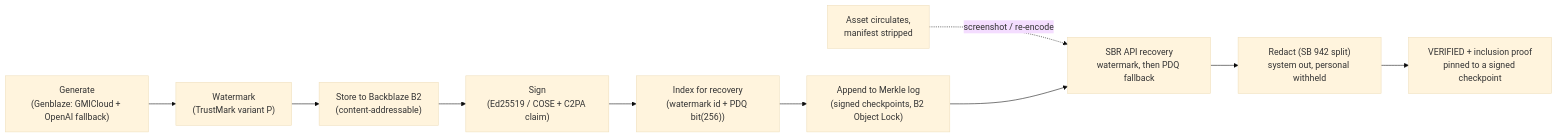
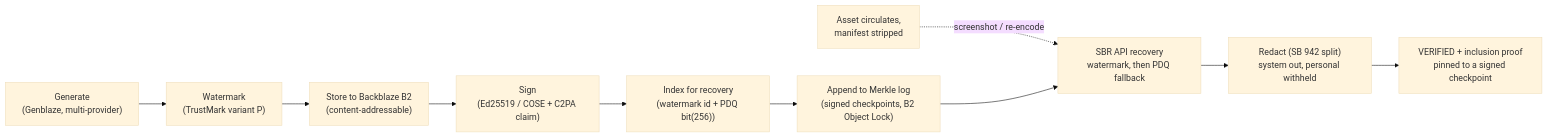
The first of 2 diagrams in README.md (StephenSook/rooted), drawn with Mermaid (base theme) before and after one commit. The commit also changed other lines of this file and 5 other files, not shown here.

````diff
--- a/README.md
+++ b/README.md
@@ -40,12 +67,12 @@
 ```mermaid
 flowchart LR
-    G["Generate<br/>(Genblaze: GMICloud + OpenAI fallback)"] --> W["Watermark<br/>(TrustMark variant P)"]
+    G["Generate<br/>(Genblaze, multi-provider)"] --> W["Watermark<br/>(TrustMark variant P)"]
     W --> S["Store to Backblaze B2<br/>(content-addressable)"]
     S --> SG["Sign<br/>(Ed25519 / COSE + C2PA claim)"]
     SG --> IDX["Index for recovery<br/>(watermark id + PDQ bit(256))"]
     IDX --> L["Append to Merkle log<br/>(signed checkpoints, B2 Object Lock)"]
-    STRIP["Asset circulates,<br/>manifest stripped"] -.screenshot / re-encode.-> R
+    STRIP["Asset circulates,<br/>manifest stripped"] -. "screenshot / re-encode" .-> R
     L --> R["SBR API recovery<br/>watermark, then PDQ fallback"]
     R --> RED["Redact (SB 942 split)<br/>system out, personal withheld"]
     RED --> V["VERIFIED + inclusion proof<br/>pinned to a signed checkpoint"]
 ```
````
